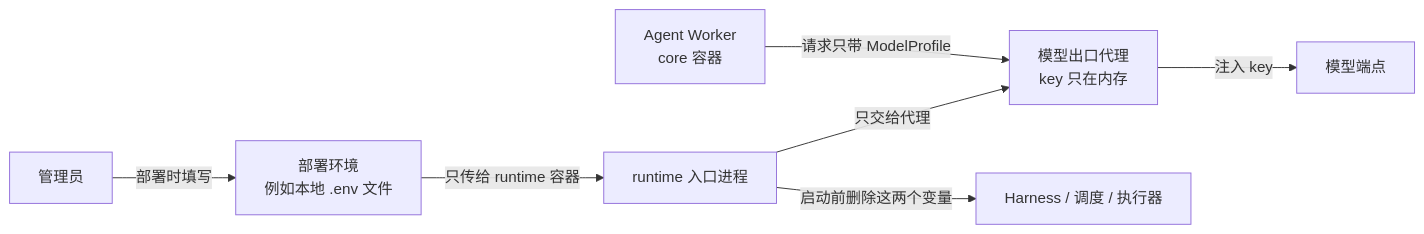
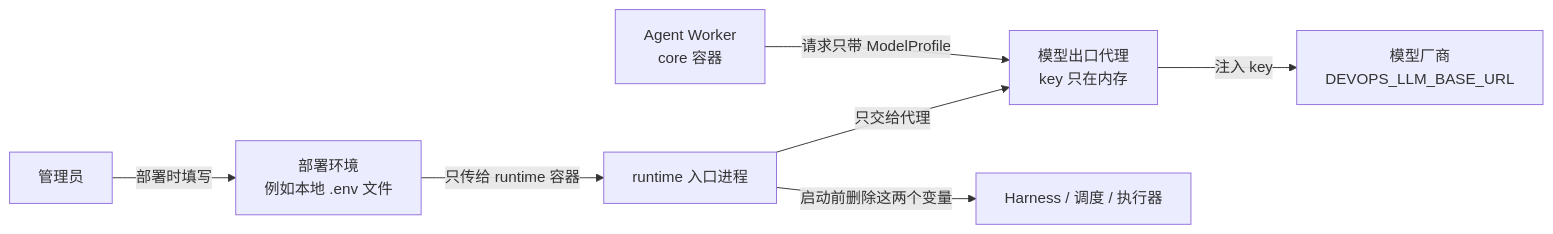
The second of 2 diagrams in docs/10-architecture/11-components-and-boundaries.md (LeXwDeX/DevOps-Agent), drawn with Mermaid before and after one commit. The commit also changed other lines of this file and 2 other files, not shown here.

````diff
--- a/docs/10-architecture/11-components-and-boundaries.md
+++ b/docs/10-architecture/11-components-and-boundaries.md
@@ -166,9 +167,9 @@
 ```mermaid
 flowchart LR
     OP[管理员] -- "部署时填写" --> ENV[部署环境<br/>例如本地 .env 文件]
     ENV -- "只传给 runtime 容器" --> EP[runtime 入口进程]
     EP -- "只交给代理" --> E3[模型出口代理<br/>key 只在内存]
     EP -- "启动前删除这两个变量" --> OTH[Harness / 调度 / 执行器]
     W[Agent Worker<br/>core 容器] -- "请求只带 ModelProfile" --> E3
-    E3 -- "注入 key" --> LLM[模型端点]
+    E3 -- "注入 key" --> LLM[模型厂商<br/>DEVOPS_LLM_BASE_URL]
 ```
````
